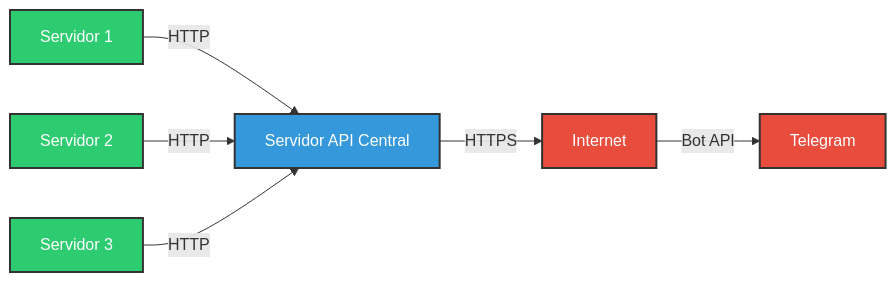
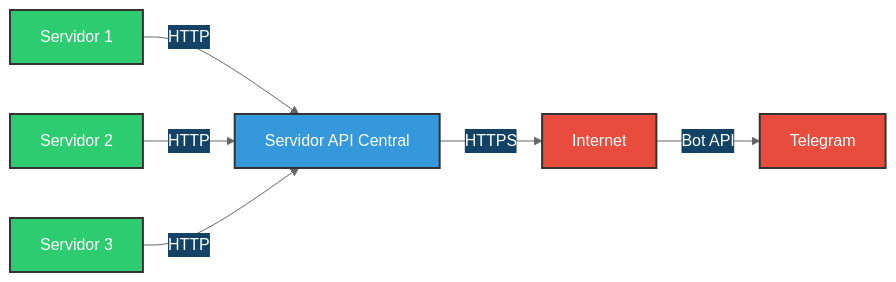
Before and after one commit to ssanchezhlg/bot_telegram_oficial: the diagram in README.md, drawn with Mermaid.

Commit message:
Corregido Readme

````diff
--- a/README.md
+++ b/README.md
@@ -42,15 +42,38 @@
 ```mermaid
+%%{
+  init: {
+    'theme': 'base',
+    'themeVariables': {
+      'darkMode': true,
+      'background': '#ffffff',
+      'primaryColor': '#2ecc71',
+      'primaryTextColor': '#fff',
+      'primaryBorderColor': '#333',
+      'lineColor': '#666',
+      'secondaryColor': '#3498db',
+      'tertiaryColor': '#e74c3c',
+      'dark': {
+        'background': '#252525',
+        'primaryColor': '#2ecc71',
+        'secondaryColor': '#3498db',
+        'tertiaryColor': '#e74c3c',
+        'primaryTextColor': '#fff',
+        'primaryBorderColor': '#fff'
+      }
+    }
+  }
+}%%
 graph LR
     A[Servidor 1] -->|HTTP| D[Servidor API Central]
     B[Servidor 2] -->|HTTP| D
     C[Servidor 3] -->|HTTP| D
     D -->|HTTPS| E[Internet]
     E -->|Bot API| F[Telegram]
 
     classDef default fill:#2ecc71,stroke:#333,stroke-width:2px,color:white;
     classDef api fill:#3498db,stroke:#333,stroke-width:2px,color:white;
     classDef external fill:#e74c3c,stroke:#333,stroke-width:2px,color:white;
     
     class D api;
     class E,F external;
 ```
````
